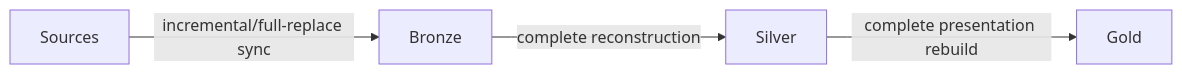
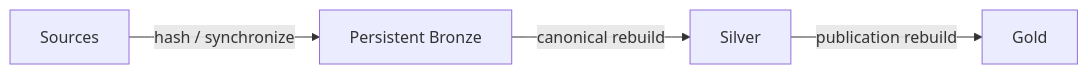
One commit to tks18/personal-finance-etl changed the second of 5 diagrams in docs/architecture/design-decisions.md. Above: the diagram before and after it, drawn with Mermaid. The commit also changed other lines of this file and 10 other files, not shown here.

Commit message:
docs: update docs/architecture for latest version

````diff
--- a/docs/architecture/design-decisions.md
+++ b/docs/architecture/design-decisions.md
@@ -74,6 +38,6 @@
 ```mermaid
 flowchart LR
-    SRC[Sources] -->|incremental/full-replace sync| B[Bronze]
-    B -->|complete reconstruction| S[Silver]
-    S -->|complete presentation rebuild| G[Gold]
+    SRC[Sources] -->|hash / synchronize| BR[Persistent Bronze]
+    BR -->|canonical rebuild| SI[Silver]
+    SI -->|publication rebuild| GO[Gold]
 ```
````
